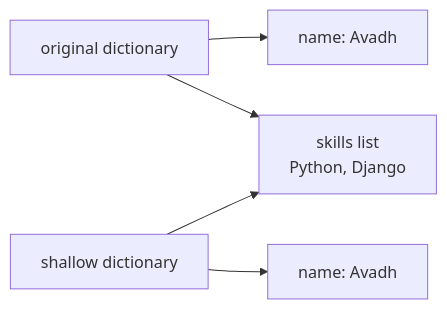
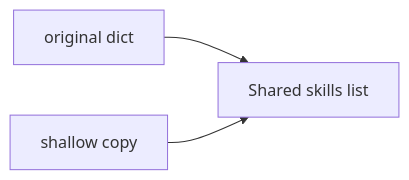
The third of 6 diagrams in src/content/python/shallow-vs-deep-copy.md (AvadhBhalodiya/Interview-Preparation), drawn with Mermaid before and after one commit. The commit also changed other lines of this file and 80 other files, not shown here.

````diff
--- a/src/content/python/shallow-vs-deep-copy.md
+++ b/src/content/python/shallow-vs-deep-copy.md
@@ -145,8 +103,5 @@
 ```mermaid
 flowchart LR
-    O["original dictionary"] --> N1["name: Avadh"]
-    O --> S["skills list<br/>Python, Django"]
-
-    C["shallow dictionary"] --> N2["name: Avadh"]
-    C --> S
+    O["original dict"] --> S["Shared skills list"]
+    C["shallow copy"] --> S
 ```
````
